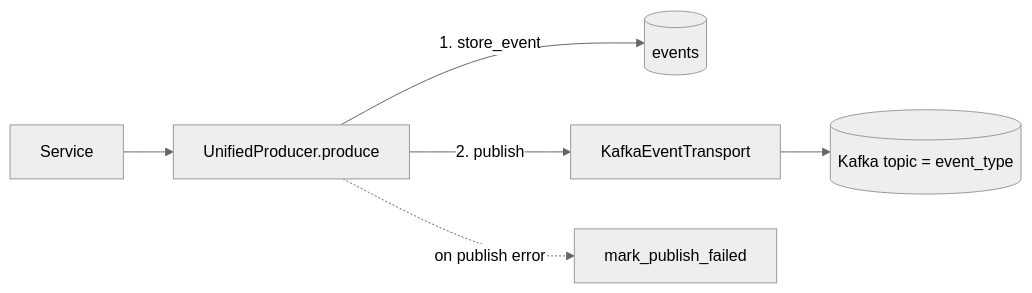
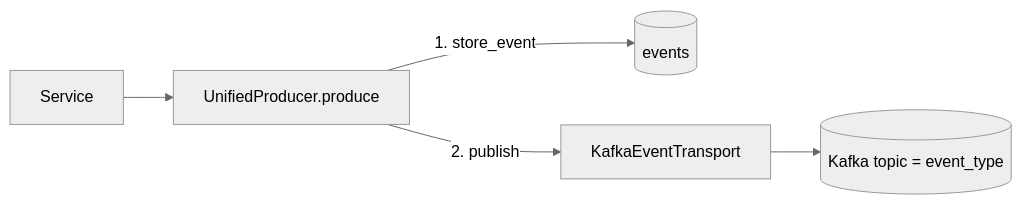
The diagram in docs/architecture/event-storage.md (HardMax71/Integr8sCode), drawn with Mermaid (neutral theme) before and after one commit. The commit also changed other lines of this file and 18 other files, not shown here.

First line of the commit message:
fix: a Kafka outage no longer leaves finished pods behind or fails logins, and the unread publish_failed flag goes (#432)

````diff
--- a/docs/architecture/event-storage.md
+++ b/docs/architecture/event-storage.md
@@ -22,8 +22,7 @@
 ```mermaid
 graph LR
     Svc[Service] --> UP[UnifiedProducer.produce]
     UP -->|1. store_event| Events[(events)]
     UP -->|2. publish| Transport[KafkaEventTransport]
     Transport --> Kafka[(Kafka topic = event_type)]
-    UP -.->|on publish error| Mark[mark_publish_failed]
 ```
````
